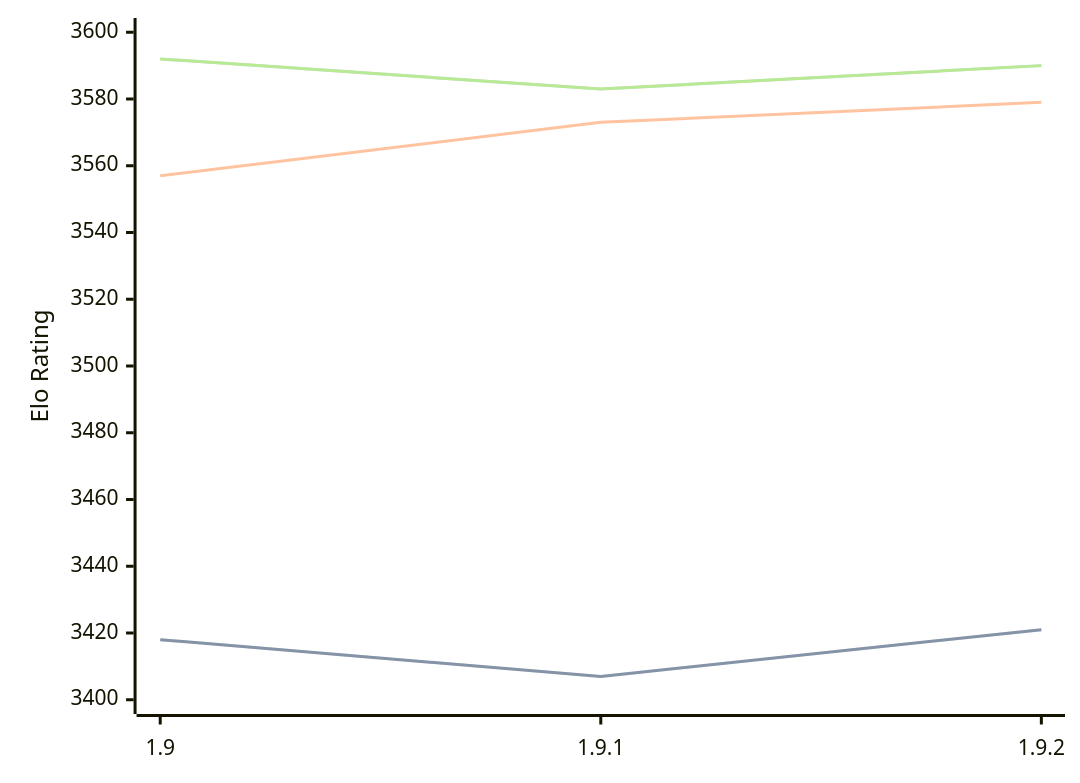
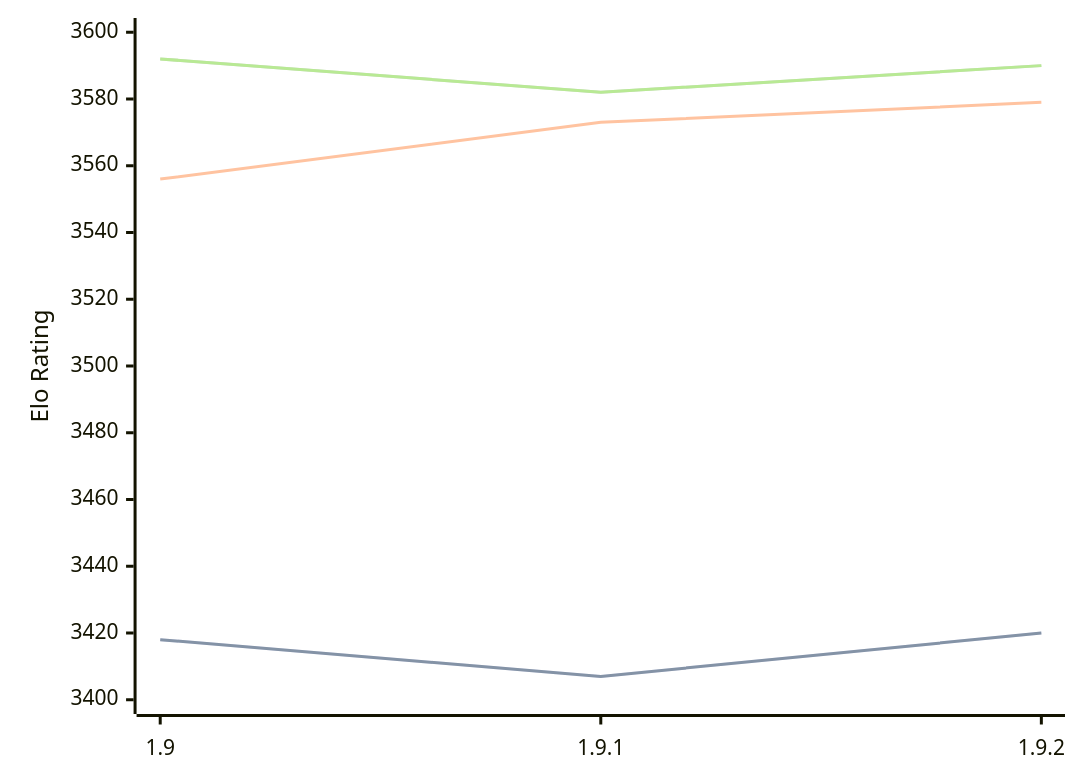
Before and after one commit to computer-chess-index/cci: the diagram in engines/Pawnocchio.md, drawn with Mermaid. The commit also changed other lines of this file, not shown here.

Commit message:
Update CCI Ratings (ELO VLTC) - 2026-02-25

````diff
--- a/engines/Pawnocchio.md
+++ b/engines/Pawnocchio.md
@@ -46,11 +46,11 @@
 ```mermaid
 %%{init: {"theme":"base","themeVariables":{"seriesColors:['#a3a3a3','#222221','#faa371']}}}%%
 xychart-beta
   x-axis ["1.9", "1.9.1", "1.9.2"]
   y-axis "Elo Rating" 3400 --> 3600
-  line "STC (8.0+0.08s)" [3418, 3407, 3421]
-  line "STC (8.0+0.08s)" [3418, 3407, 3421]
-  line "LTC (60.0+0.60s)" [3557, 3573, 3579]
-  line "VLTC (2m24s+1.12s)" [3592, 3583, 3590]
-  line "VLTC (2m24s+1.12s)" [3592, 3583, 3590]
+  line "STC (8.0+0.08s)" [3418, 3407, 3420]
+  line "STC (8.0+0.08s)" [3418, 3407, 3420]
+  line "LTC (60.0+0.60s)" [3556, 3573, 3579]
+  line "VLTC (2m24s+1.12s)" [3592, 3582, 3590]
+  line "VLTC (2m24s+1.12s)" [3592, 3582, 3590]
 ```
````
